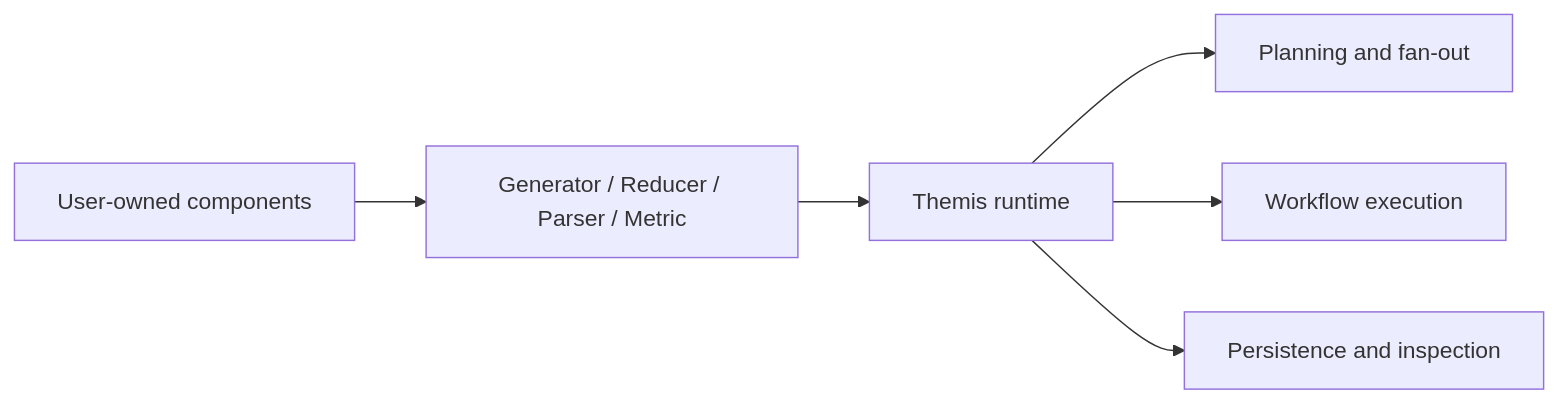
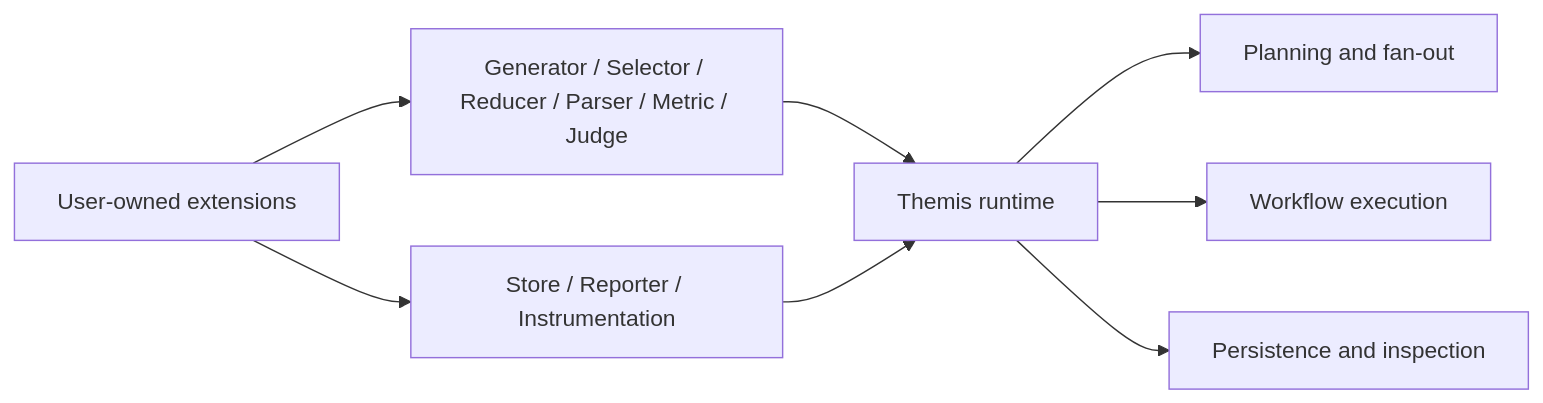
Before and after one commit to Pittawat2542/themis: the diagram in docs/explanation/extension-boundaries.md, drawn with Mermaid. The commit also changed other lines of this file and 29 other files, not shown here.

````diff
--- a/docs/explanation/extension-boundaries.md
+++ b/docs/explanation/extension-boundaries.md
@@ -20,8 +20,10 @@
 ```mermaid
 flowchart LR
-    A["User-owned components"] --> B["Generator / Reducer / Parser / Metric"]
+    A["User-owned extensions"] --> B["Generator / Selector / Reducer / Parser / Metric / Judge"]
+    A --> G["Store / Reporter / Instrumentation"]
     B --> C["Themis runtime"]
+    G --> C
     C --> D["Planning and fan-out"]
     C --> E["Workflow execution"]
     C --> F["Persistence and inspection"]
 ```
````
